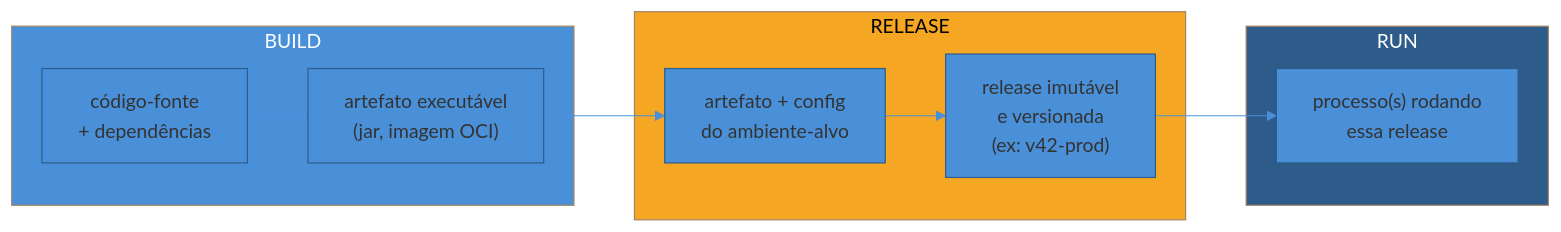
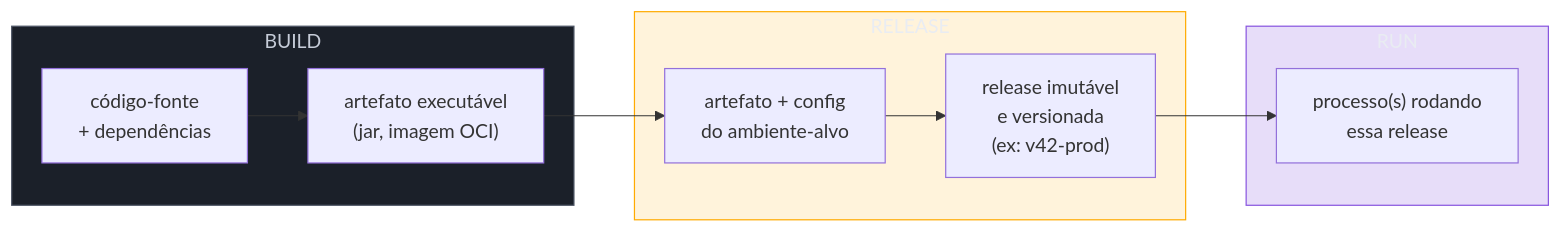
Before and after one commit to josenaldo/codex-technomanticus: the third of 4 diagrams in 03-Dominios/Engenharia/Operação/1 - O ofício de operar/02 - O contrato de uma app operável (12-Factor).md, drawn with Mermaid. The commit also changed other lines of this file and 1181 other files, not shown here.

First line of the commit message:
fix(diagramas): paleta do sistema no lugar de cor cravada no markdown

````diff
--- a/03-Dominios/Engenharia/Operação/1 - O ofício de operar/02 - O contrato de uma app operável (12-Factor).md
+++ b/03-Dominios/Engenharia/Operação/1 - O ofício de operar/02 - O contrato de uma app operável (12-Factor).md
@@ -113,17 +111,19 @@
 ```mermaid
-%%{init: {"theme": "base", "themeVariables": {"primaryColor": "#4A90D9", "primaryBorderColor": "#2E5C8A", "lineColor": "#4A90D9"}}}%%
 graph LR
+    classDef neutro fill:#1B2029,stroke:#4E5666,color:#C6CCD8
+    classDef destaque fill:#FFAA0024,stroke:#FFAA00,color:#E9ECF2
+    classDef marca fill:#8855DF33,stroke:#8855DF,color:#E9ECF2
     subgraph BUILD["BUILD"]
         B1["código-fonte<br/>+ dependências"] --> B2["artefato executável<br/>(jar, imagem OCI)"]
     end
     subgraph RELEASE["RELEASE"]
         B2 --> R1["artefato + config<br/>do ambiente-alvo"]
         R1 --> R2["release imutável<br/>e versionada<br/>(ex: v42-prod)"]
     end
     subgraph RUN["RUN"]
         R2 --> RUN1["processo(s) rodando<br/>essa release"]
     end
-    style BUILD fill:#4A90D9,color:#fff
-    style RELEASE fill:#F5A623,color:#000
-    style RUN fill:#2E5C8A,color:#fff
+    class BUILD neutro
+    class RELEASE destaque
+    class RUN marca
 ```
````
